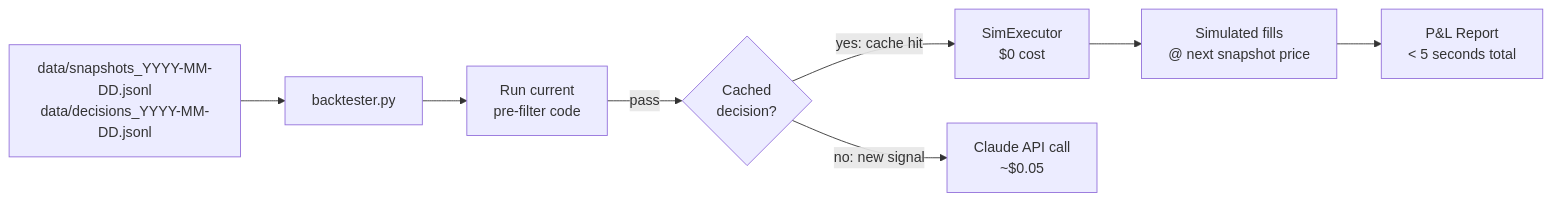
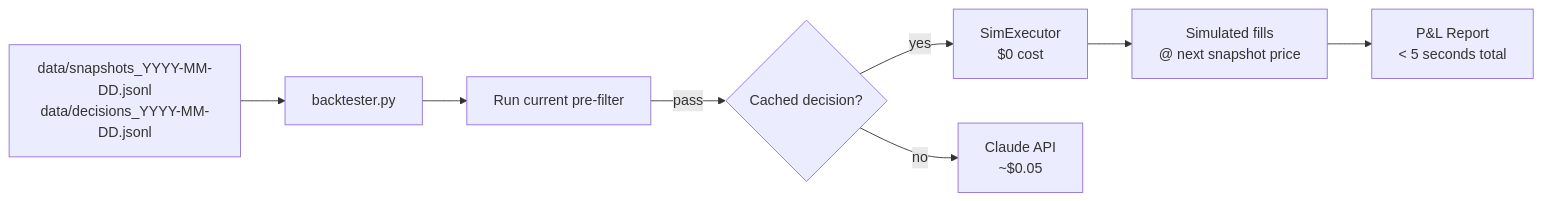
Before and after one commit to fgomecs/mnq-ai-trader: the sixth of 7 diagrams in README.md, drawn with Mermaid. The commit also changed other lines of this file and 2 other files, not shown here.

````diff
--- a/README.md
+++ b/README.md
@@ -473,10 +475,10 @@
 ```mermaid
 flowchart LR
     REC[data/snapshots_YYYY-MM-DD.jsonl\ndata/decisions_YYYY-MM-DD.jsonl] --> BT[backtester.py]
-    BT --> PF[Run current\npre-filter code]
-    PF -->|pass| LOOKUP{Cached\ndecision?}
-    LOOKUP -->|yes: cache hit| SIM[SimExecutor\n$0 cost]
-    LOOKUP -->|no: new signal| CLAUDE[Claude API call\n~$0.05]
+    BT --> PF[Run current pre-filter]
+    PF -->|pass| LOOKUP{Cached decision?}
+    LOOKUP -->|yes| SIM[SimExecutor\n$0 cost]
+    LOOKUP -->|no| CLAUDE[Claude API\n~$0.05]
     SIM --> FILLS[Simulated fills\n@ next snapshot price]
     FILLS --> REPORT[P&L Report\n< 5 seconds total]
 ```
````
